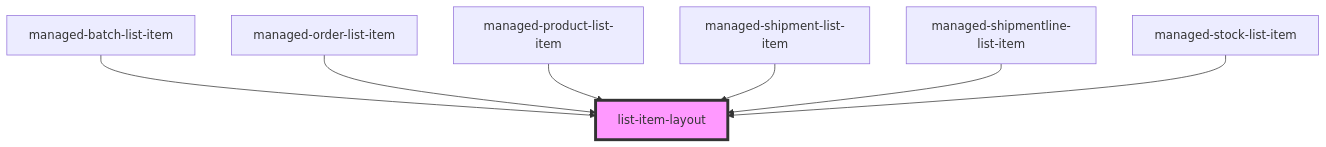
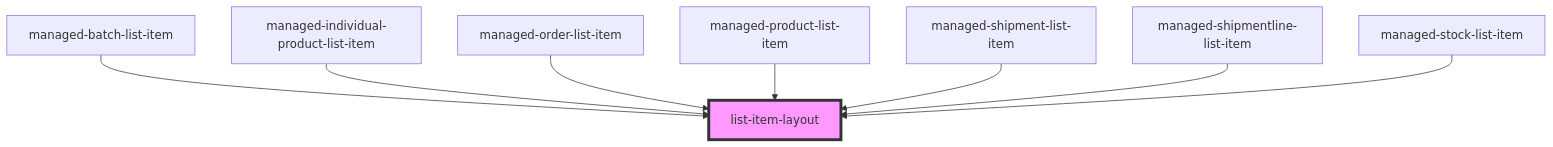
One commit to PharmaLedger-IMI/fgt-workspace changed the diagram in pdm-web-components/src/components/list-item-layout/readme.md. Above: the diagram before and after it, drawn with Mermaid. The commit also changed other lines of this file and 41 other files, not shown here.

````diff
--- a/pdm-web-components/src/components/list-item-layout/readme.md
+++ b/pdm-web-components/src/components/list-item-layout/readme.md
@@ -30,10 +31,11 @@
 ```mermaid
 graph TD;
   managed-batch-list-item --> list-item-layout
+  managed-individual-product-list-item --> list-item-layout
   managed-order-list-item --> list-item-layout
   managed-product-list-item --> list-item-layout
   managed-shipment-list-item --> list-item-layout
   managed-shipmentline-list-item --> list-item-layout
   managed-stock-list-item --> list-item-layout
   style list-item-layout fill:#f9f,stroke:#333,stroke-width:4px
 ```
````
